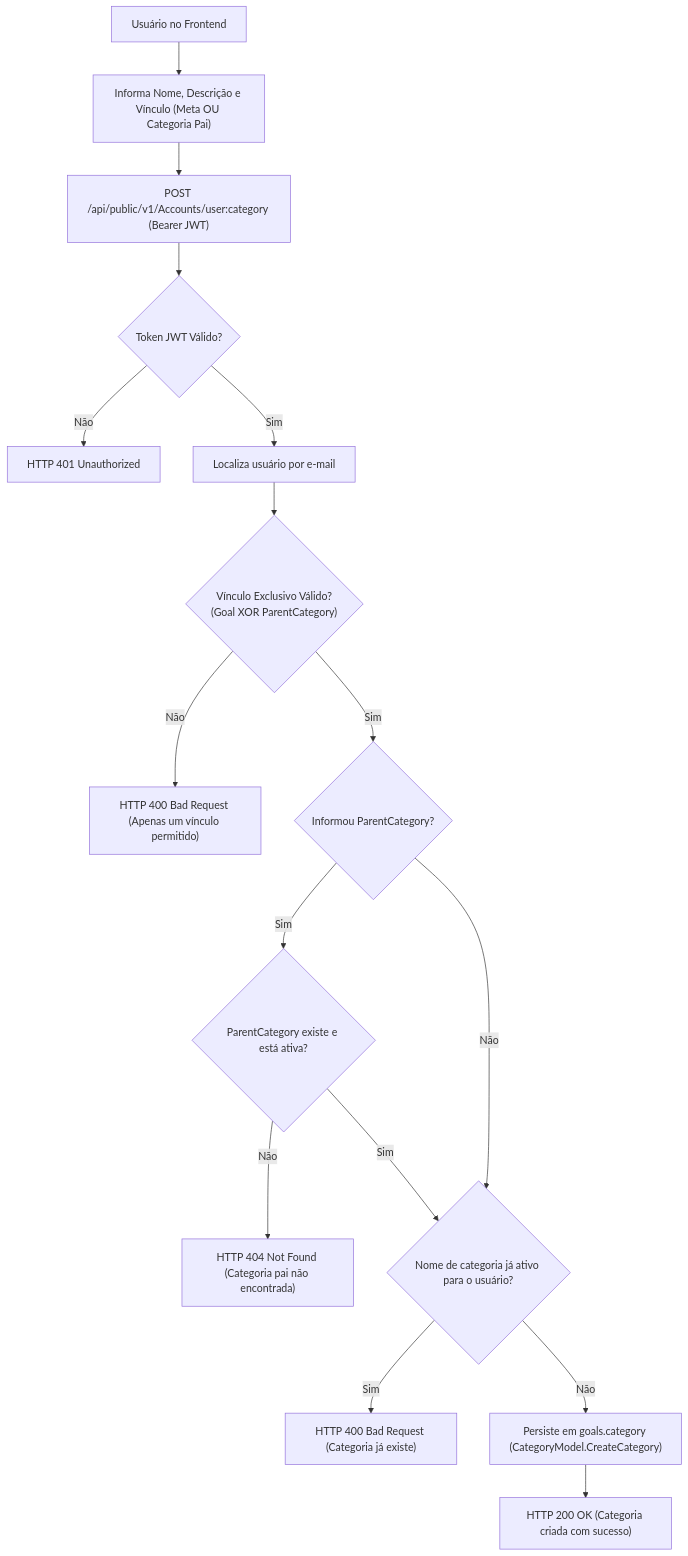
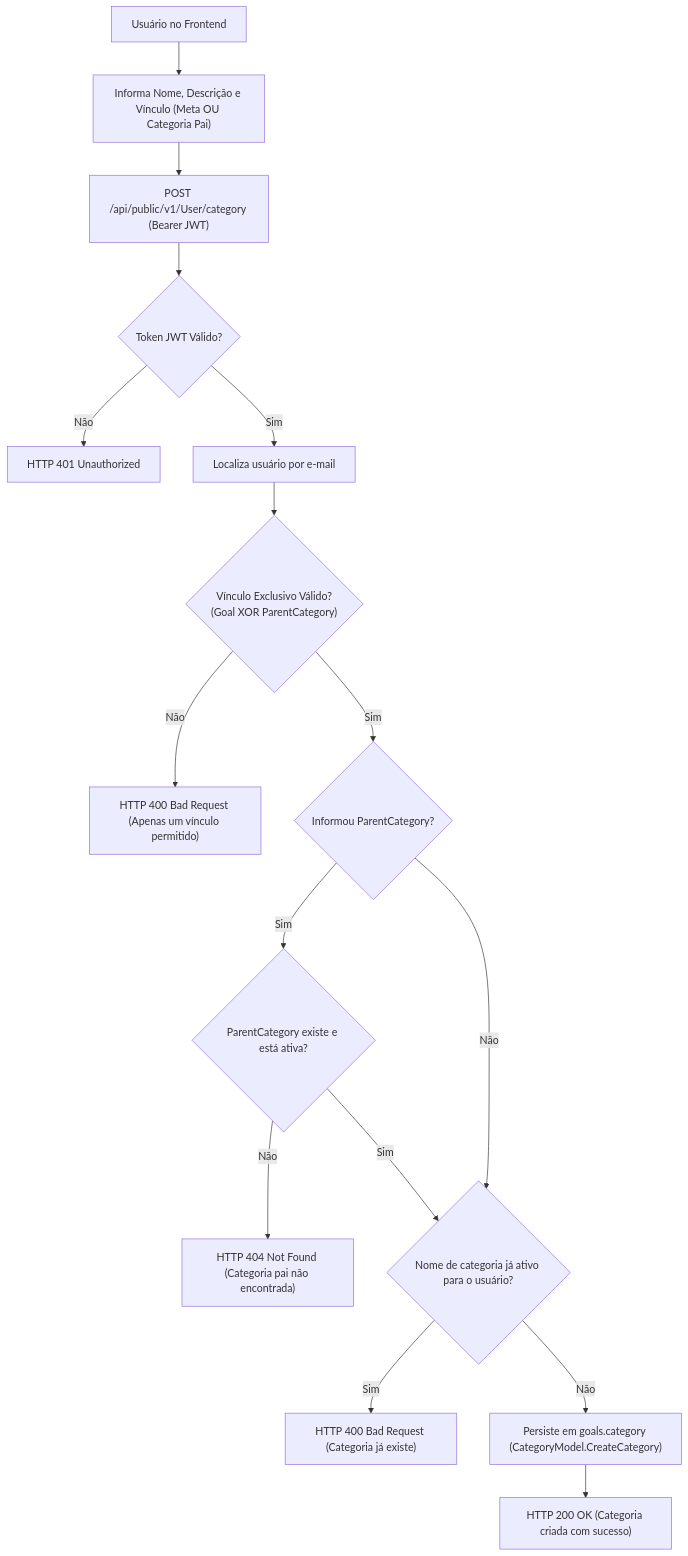
One commit to pedrovtof/Nievo-easy-fin changed the second of 3 diagrams in docs/config/docs/content/FluxosNegocio/metas_categorias.md. Above: the diagram before and after it, drawn with Mermaid. The commit also changed other lines of this file and 33 other files, not shown here.

````diff
--- a/docs/config/docs/content/FluxosNegocio/metas_categorias.md
+++ b/docs/config/docs/content/FluxosNegocio/metas_categorias.md
@@ -50,24 +50,24 @@
 ```mermaid
 flowchart TD
     User["Usuário no Frontend"] --> InputCat["Informa Nome, Descrição e Vínculo (Meta OU Categoria Pai)"]
-    InputCat --> PostCat["POST /api/public/v1/Accounts/user:category (Bearer JWT)"]
+    InputCat --> PostCat["POST /api/public/v1/User/category (Bearer JWT)"]
     
     PostCat --> ValAuth{"Token JWT Válido?"}
     ValAuth -->|Não| HTTP401["HTTP 401 Unauthorized"]
     ValAuth -->|Sim| FindUserCat["Localiza usuário por e-mail"]
     
     FindUserCat --> CheckExclusive{"Vínculo Exclusivo Válido?<br/>(Goal XOR ParentCategory)"}
     CheckExclusive -->|Não| HTTP400Excl["HTTP 400 Bad Request (Apenas um vínculo permitido)"]
     
     CheckExclusive -->|Sim| HasParent{"Informou ParentCategory?"}
     HasParent -->|Sim| ValParent{"ParentCategory existe e está ativa?"}
     ValParent -->|Não| HTTP404Parent["HTTP 404 Not Found (Categoria pai não encontrada)"]
     ValParent -->|Sim| CheckCatName
     HasParent -->|Não| CheckCatName
     
     CheckCatName{"Nome de categoria já ativo para o usuário?"}
     CheckCatName -->|Sim| HTTP400CatExists["HTTP 400 Bad Request (Categoria já existe)"]
     
     CheckCatName -->|Não| SaveCategory["Persiste em goals.category (CategoryModel.CreateCategory)"]
     SaveCategory --> HTTP200Cat["HTTP 200 OK (Categoria criada com sucesso)"]
 ```
````
